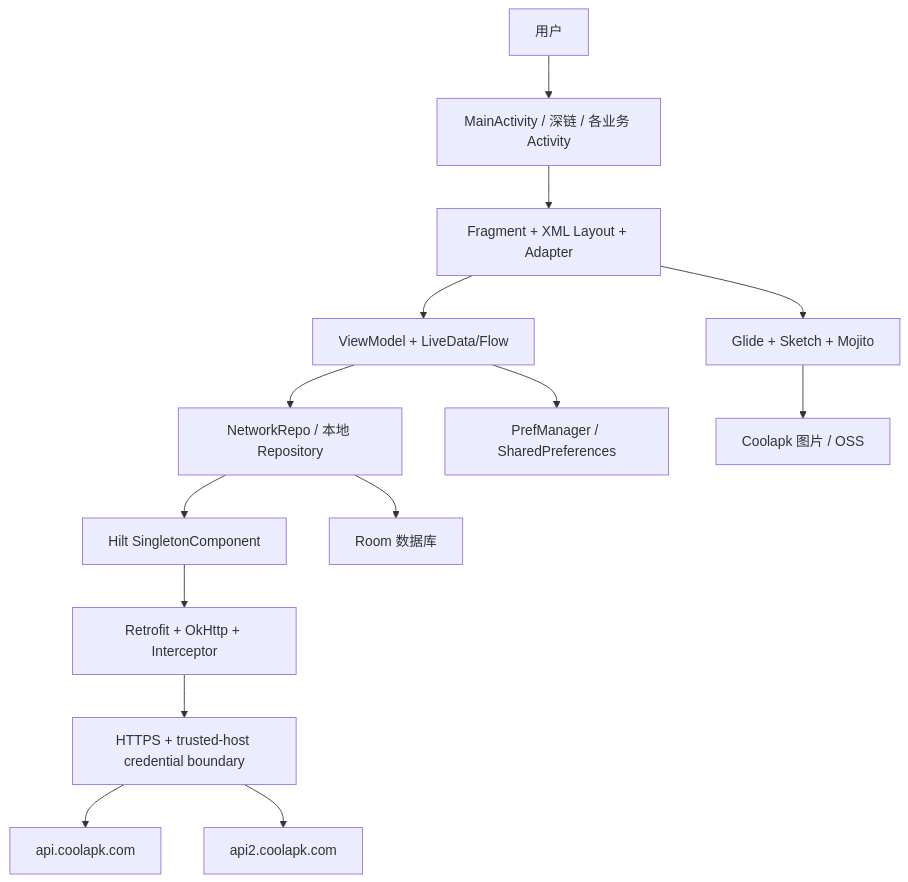
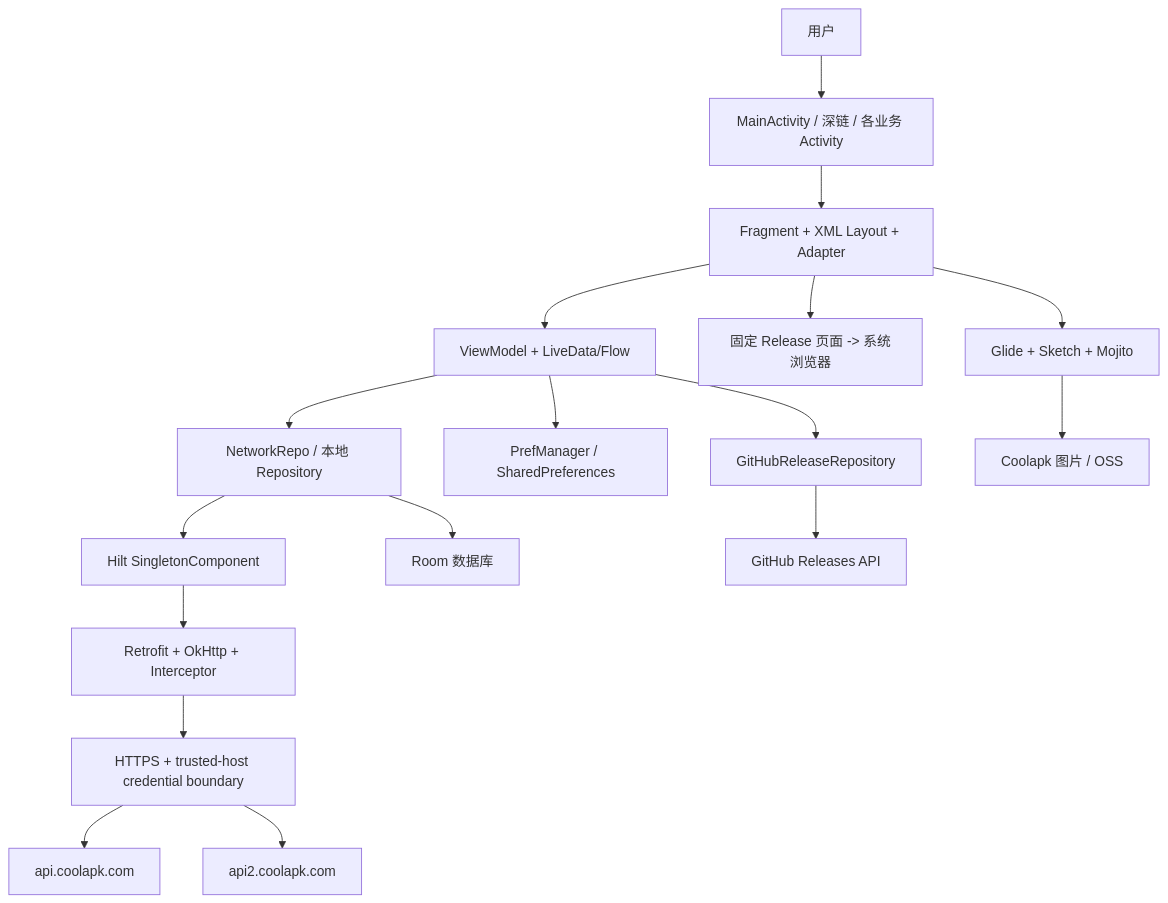
Before and after one commit to godmiracle/Coolapk: the diagram in docs/architecture.md, drawn with Mermaid. The commit also changed other lines of this file and 59 other files, not shown here.

Commit message:
feat: add browser-based GitHub release updates

````diff
--- a/docs/architecture.md
+++ b/docs/architecture.md
@@ -7,16 +7,19 @@
 ```mermaid
 flowchart TD
     User["用户"] --> Entry["MainActivity / 深链 / 各业务 Activity"]
     Entry --> UI["Fragment + XML Layout + Adapter"]
     UI --> VM["ViewModel + LiveData/Flow"]
     VM --> Repo["NetworkRepo / 本地 Repository"]
     Repo --> Hilt["Hilt SingletonComponent"]
     Hilt --> Retrofit["Retrofit + OkHttp + Interceptor"]
     Retrofit --> Boundary["HTTPS + trusted-host credential boundary"]
     Boundary --> API1["api.coolapk.com"]
     Boundary --> API2["api2.coolapk.com"]
     Repo --> Room["Room 数据库"]
     VM --> Pref["PrefManager / SharedPreferences"]
+    VM --> GitHubRepo["GitHubReleaseRepository"]
+    GitHubRepo --> GitHub["GitHub Releases API"]
+    UI --> Browser["固定 Release 页面 -> 系统浏览器"]
     UI --> Image["Glide + Sketch + Mojito"]
     Image --> ImageHost["Coolapk 图片 / OSS"]
 ```
````
